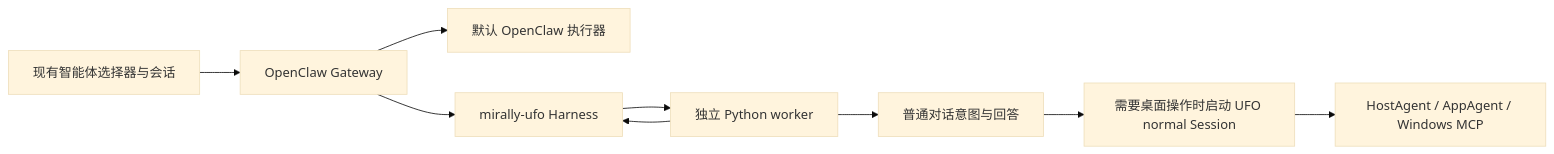
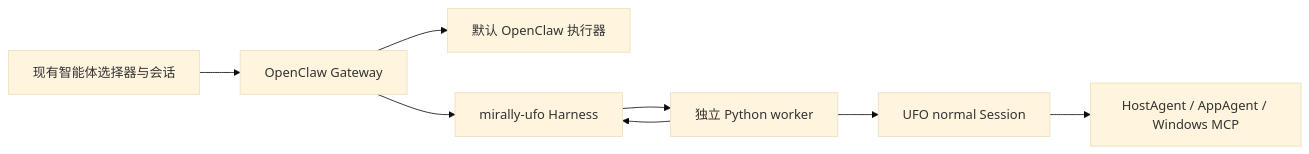
Before and after one commit to lyingloong/Mirally: the diagram in docs/ufo-openclaw-agent.md, drawn with Mermaid (base theme). The commit also changed other lines of this file and 19 other files, not shown here.

````diff
--- a/docs/ufo-openclaw-agent.md
+++ b/docs/ufo-openclaw-agent.md
@@ -9,11 +9,10 @@
 ```mermaid
 flowchart LR
     UI[现有智能体选择器与会话] --> G[OpenClaw Gateway]
     G --> O[默认 OpenClaw 执行器]
     G --> H[mirally-ufo Harness]
     H --> P[独立 Python worker]
-    P --> A[普通对话意图与回答]
-    A --> S[需要桌面操作时启动 UFO normal Session]
+    P --> S[UFO normal Session]
     S --> W[HostAgent / AppAgent / Windows MCP]
     P --> H
 ```
````
